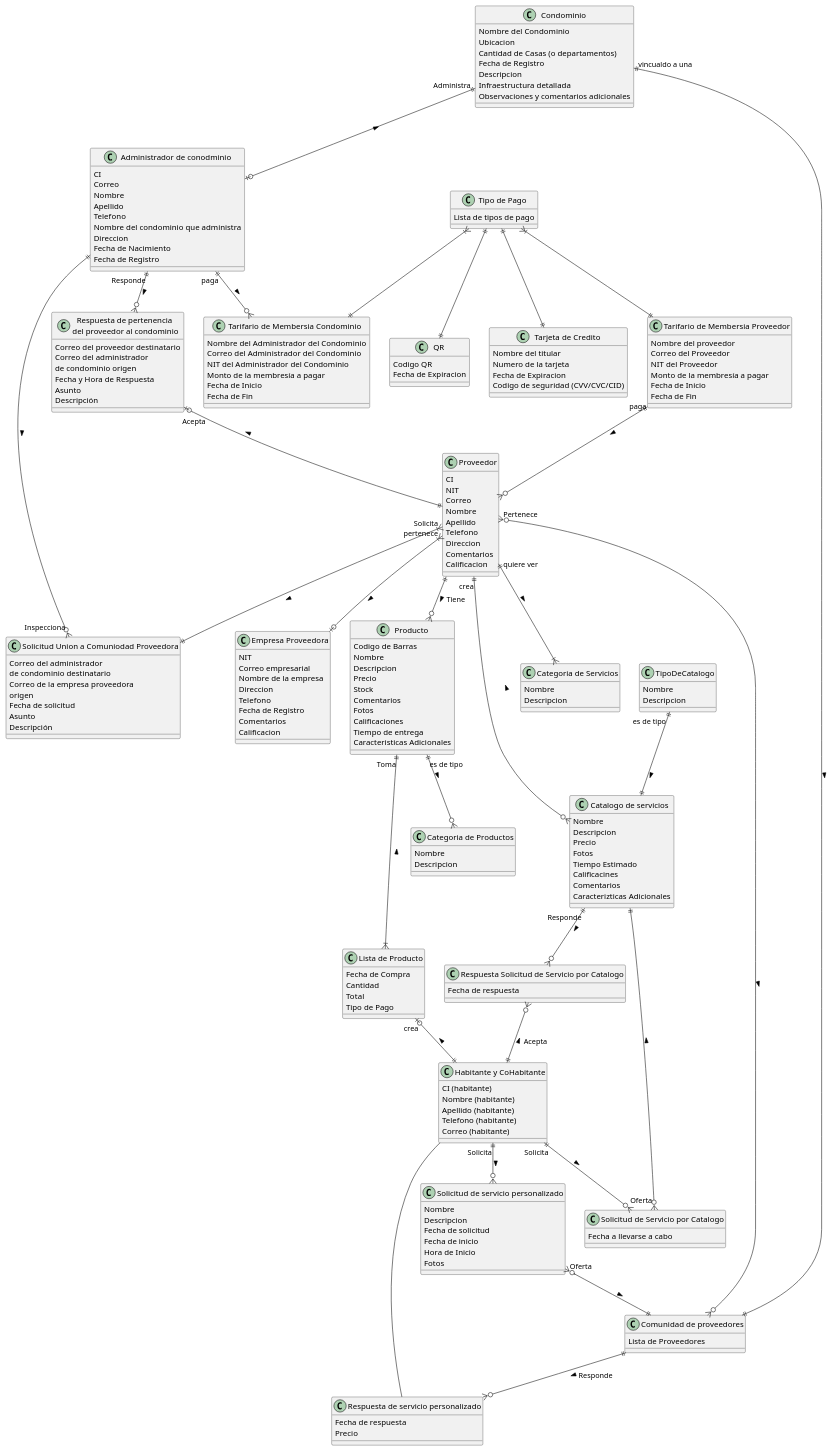
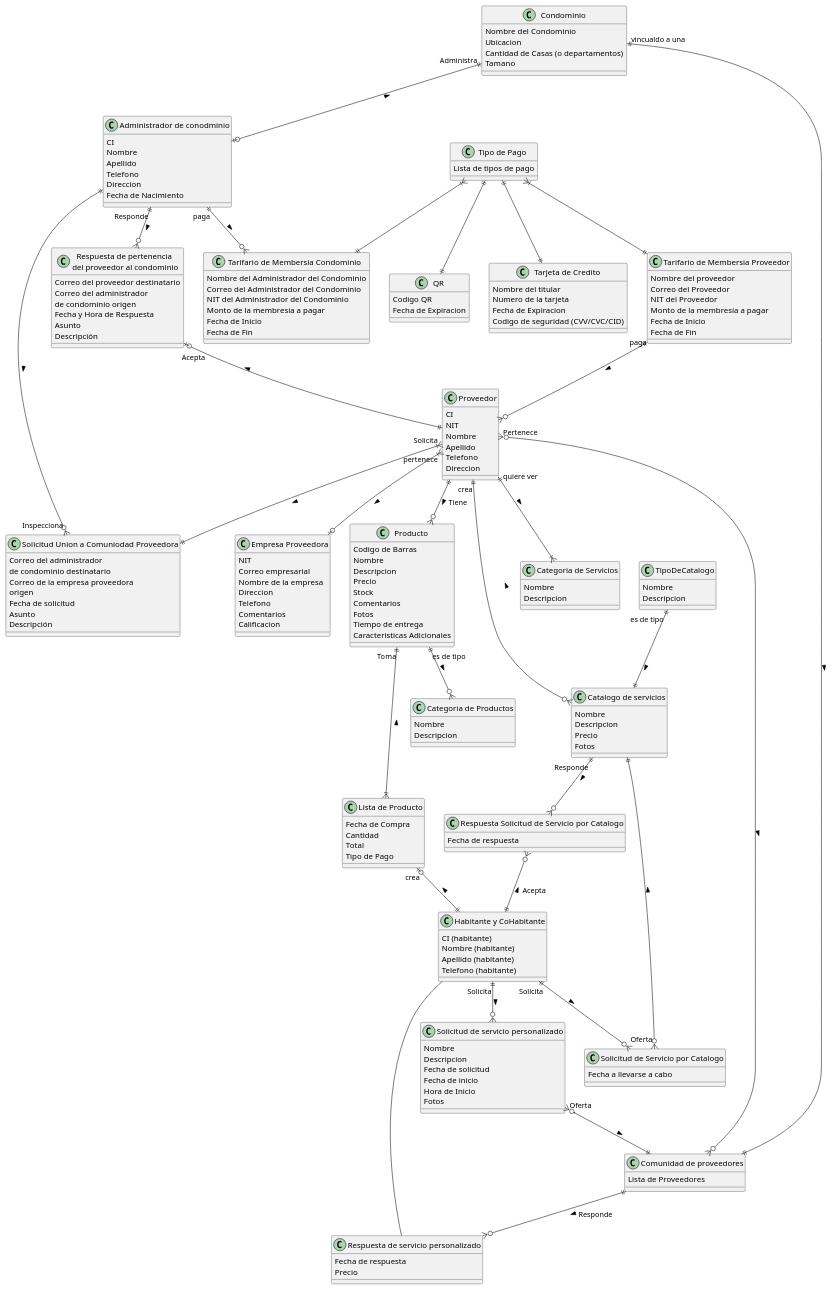
Before and after one commit to UPSA-Projects/docs-condominio: the diagram in docs/src/domain-model/domain-model.wsd, drawn with PlantUML. The commit also changed 2 other files, not shown here.

```diff
--- a/docs/src/domain-model/domain-model.wsd
+++ b/docs/src/domain-model/domain-model.wsd
@@ -3,14 +3,11 @@
 ' 9
 class "Administrador de conodminio" {
   {field} CI
-  {field} Correo
   {field} Nombre
   {field} Apellido
   {field} Telefono
-  {field} Nombre del condominio que administra
   {field} Direccion
   {field} Fecha de Nacimiento
-  {field} Fecha de Registro
 }
 
 ' 2
@@ -18,23 +15,17 @@
   {field} Nombre del Condominio
   {field} Ubicacion
   {field} Cantidad de Casas (o departamentos)
-  {field} Fecha de Registro
-  {field} Descripcion
-  {field} Infraestructura detallada
-  {field} Observaciones y comentarios adicionales
+  {field} Tamano
 }
 
 ' 3
 class Proveedor {
   {field} CI
   {field} NIT
-  {field} Correo
   {field} Nombre
   {field} Apellido
   {field} Telefono
   {field} Direccion
-  {field} Comentarios
-  {field} Calificacion
 }
 
 ' 4
@@ -44,7 +35,6 @@
   {field} Nombre de la empresa
   {field} Direccion
   {field} Telefono
-  {field} Fecha de Registro
   {field} Comentarios
   {field} Calificacion
 }
@@ -55,7 +45,6 @@
   {field} Nombre (habitante)
   {field} Apellido (habitante)
   {field} Telefono (habitante)
-  {field} Correo (habitante)
 }
 
 ' 5
@@ -131,10 +120,6 @@
   {field} Descripcion
   {field} Precio
   {field} Fotos
-  {field} Tiempo Estimado
-  {field} Calificacines
-  {field} Comentarios
-  {field} Caracterizticas Adicionales
 }
 
 ' E21
@@ -151,7 +136,6 @@
   {field} Stock 
   {field} Comentarios 
   {field} Fotos
-  {field} Calificaciones
   {field} Tiempo de entrega
   {field} Caracteristicas Adicionales
 }
```
